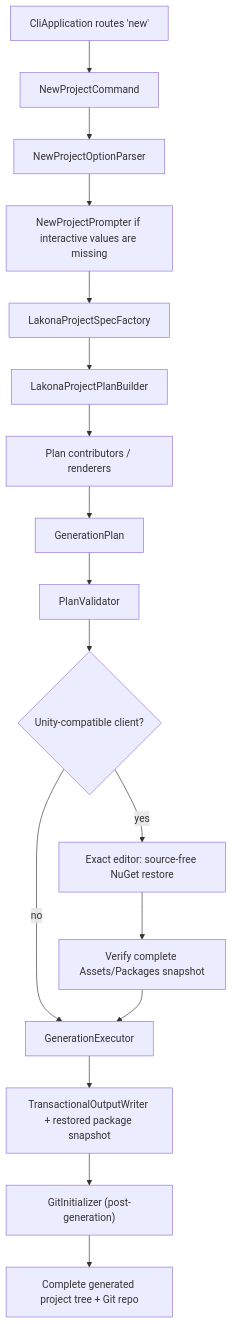
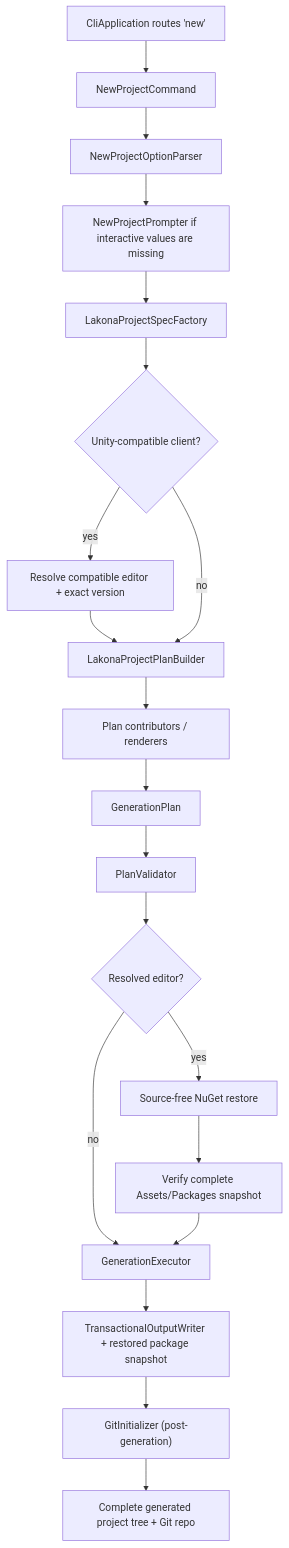
One commit to bruce48x/Lakona changed the diagram in docs/tool/generation-architecture.md. Above: the diagram before and after it, drawn with Mermaid. The commit also changed other lines of this file and 11 other files, not shown here.

Commit message:
Fix compatible editor discovery and generation flow

````diff
--- a/docs/tool/generation-architecture.md
+++ b/docs/tool/generation-architecture.md
@@ -194,19 +194,22 @@
 ```mermaid
 flowchart TD
     A["CliApplication routes 'new'"] --> B["NewProjectCommand"]
     B --> C["NewProjectOptionParser"]
     C --> D["NewProjectPrompter if interactive values are missing"]
     D --> E["LakonaProjectSpecFactory"]
-    E --> F["LakonaProjectPlanBuilder"]
+    E --> R{"Unity-compatible client?"}
+    R -->|"yes"| Q["Resolve compatible editor + exact version"]
+    Q --> F["LakonaProjectPlanBuilder"]
+    R -->|"no"| F
     F --> G["Plan contributors / renderers"]
     G --> H["GenerationPlan"]
     H --> I["PlanValidator"]
-    I --> R{"Unity-compatible client?"}
-    R -->|"yes"| S["Exact editor: source-free NuGet restore"]
-    S --> T["Verify complete Assets/Packages snapshot"]
-    R -->|"no"| J["GenerationExecutor"]
-    T --> J
+    I --> S{"Resolved editor?"}
+    S -->|"yes"| T["Source-free NuGet restore"]
+    T --> U["Verify complete Assets/Packages snapshot"]
+    S -->|"no"| J["GenerationExecutor"]
+    U --> J
     J --> K["TransactionalOutputWriter + restored package snapshot"]
     K --> L["GitInitializer (post-generation)"]
     L --> M["Complete generated project tree + Git repo"]
 ```
````
